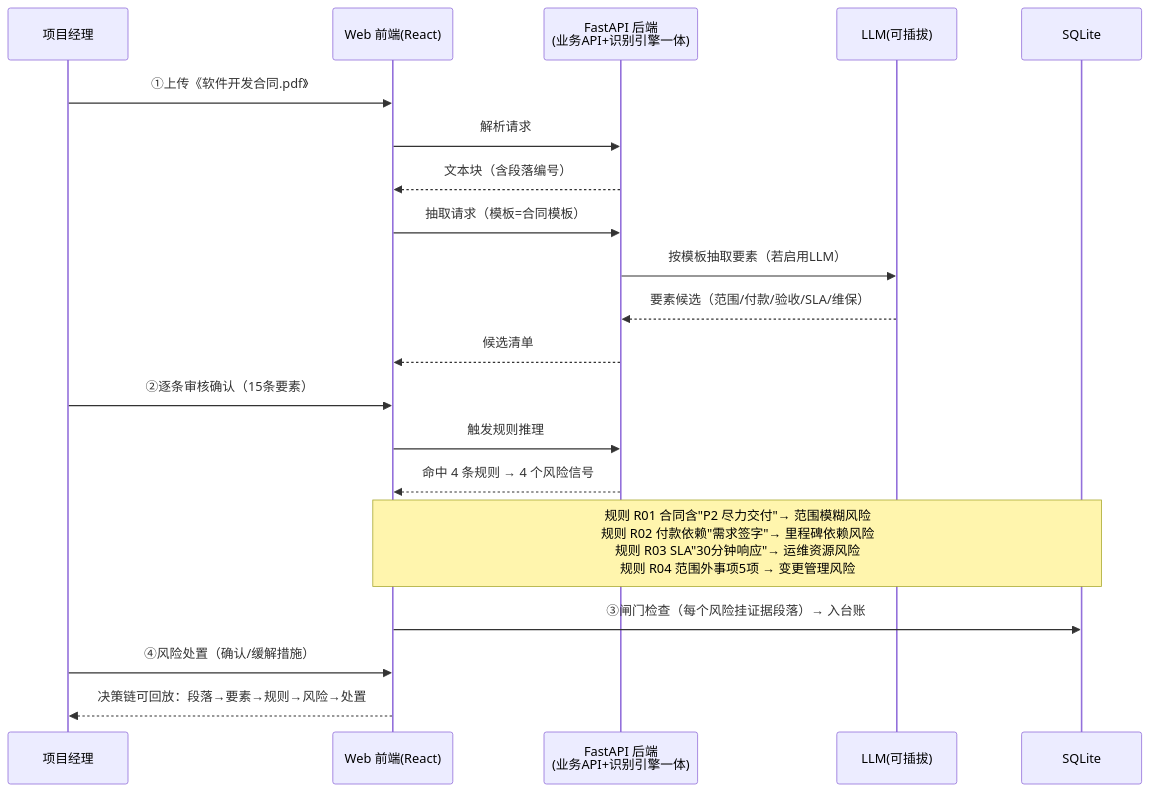
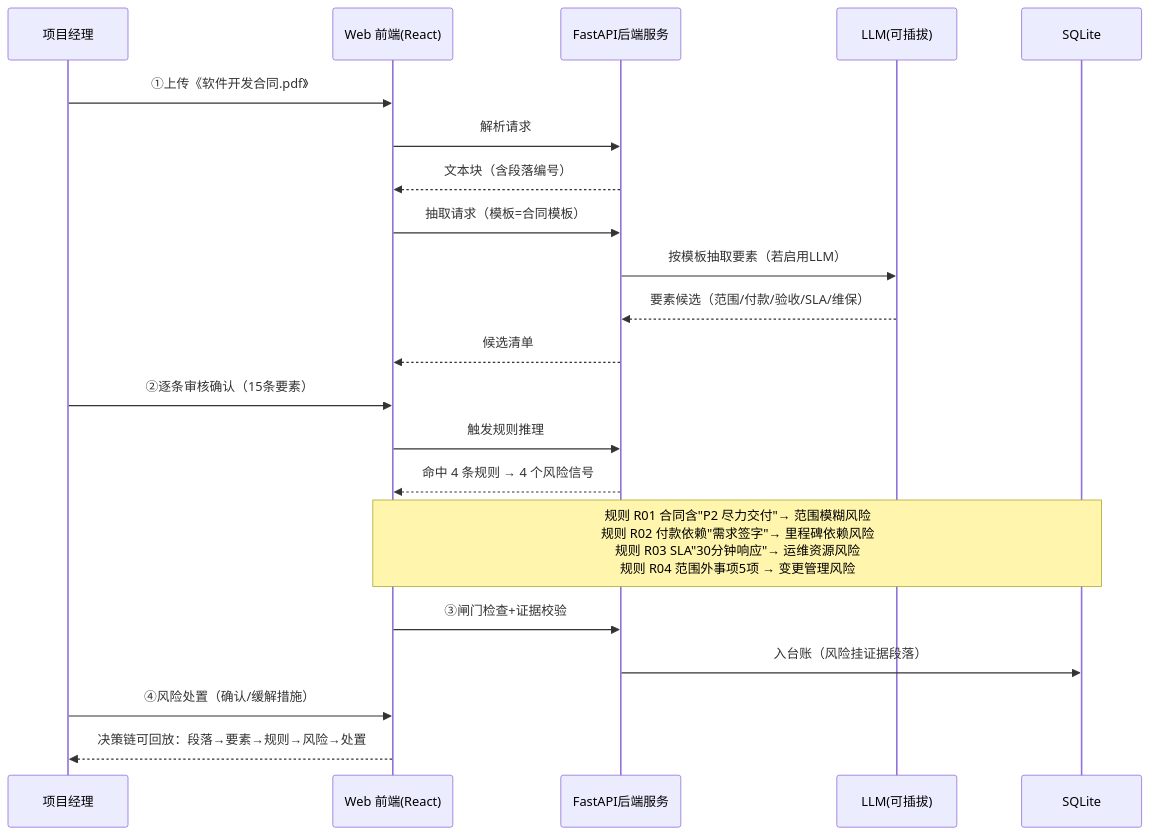
One commit to sealzrt/2026-08--agent changed the sixth of 16 diagrams in Ontology/方案/项目风险管控工具设计方案-v1.0.md. Above: the diagram before and after it, drawn with Mermaid. The commit also changed other lines of this file, not shown here.

````diff
--- a/Ontology/方案/项目风险管控工具设计方案-v1.0.md
+++ b/Ontology/方案/项目风险管控工具设计方案-v1.0.md
@@ -274,23 +275,24 @@
 ```mermaid
 sequenceDiagram
     participant PM as 项目经理
     participant W as Web 前端(React)
-    participant E as FastAPI 后端<br/>(业务API+识别引擎一体)
+    participant E as FastAPI后端服务
     participant L as LLM(可插拔)
     participant DB as SQLite
 
     PM->>W: ①上传《软件开发合同.pdf》
     W->>E: 解析请求
     E-->>W: 文本块（含段落编号）
     W->>E: 抽取请求（模板=合同模板）
     E->>L: 按模板抽取要素（若启用LLM）
     L-->>E: 要素候选（范围/付款/验收/SLA/维保）
     E-->>W: 候选清单
     PM->>W: ②逐条审核确认（15条要素）
     W->>E: 触发规则推理
     E-->>W: 命中 4 条规则 → 4 个风险信号
     Note over W,DB: 规则 R01 合同含"P2 尽力交付"→ 范围模糊风险<br/>规则 R02 付款依赖"需求签字"→ 里程碑依赖风险<br/>规则 R03 SLA"30分钟响应"→ 运维资源风险<br/>规则 R04 范围外事项5项 → 变更管理风险
-    W->>DB: ③闸门检查（每个风险挂证据段落）→ 入台账
+    W->>E: ③闸门检查+证据校验
+    E->>DB: 入台账（风险挂证据段落）
     PM->>W: ④风险处置（确认/缓解措施）
     W-->>PM: 决策链可回放：段落→要素→规则→风险→处置
 ```
````
